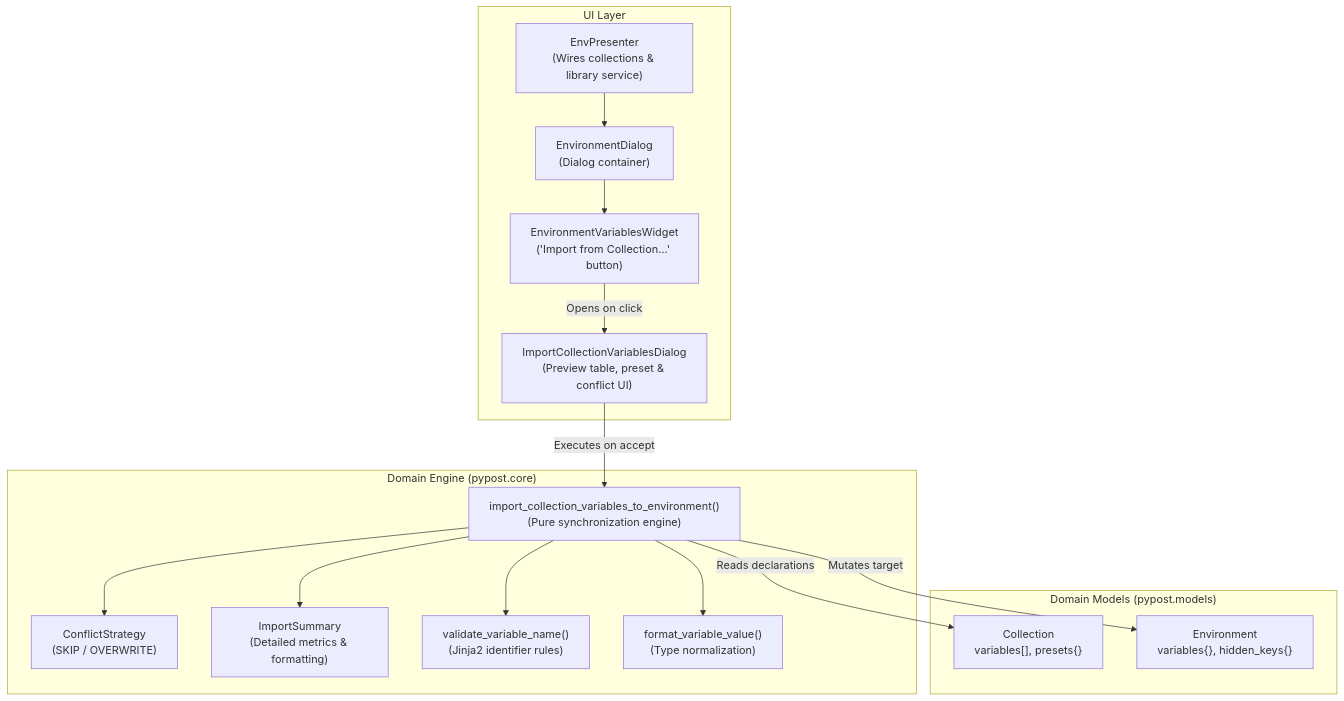
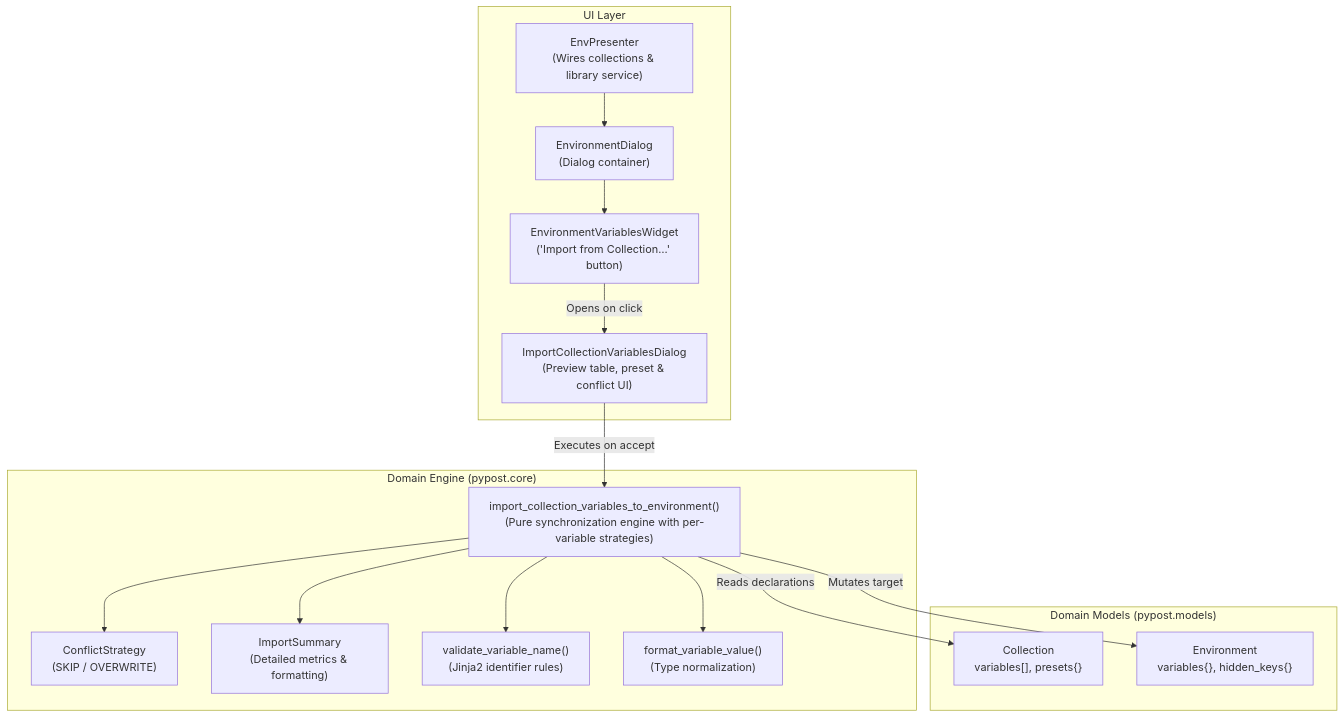
One commit to koctep/pypost changed the diagram in doc/dev/workspace_environment_variable_import.md. Above: the diagram before and after it, drawn with Mermaid. The commit also changed other lines of this file and 13 other files, not shown here.

Commit message:
feat(environments): per-variable conflict strategy and diff inspector in collection import [PYPOST-1414]

````diff
--- a/doc/dev/workspace_environment_variable_import.md
+++ b/doc/dev/workspace_environment_variable_import.md
@@ -40,35 +44,35 @@
 ```mermaid
 flowchart TB
     subgraph UI["UI Layer"]
         EP["EnvPresenter<br/>(Wires collections & library service)"]
         ED["EnvironmentDialog<br/>(Dialog container)"]
         EVW["EnvironmentVariablesWidget<br/>('Import from Collection…' button)"]
         ICD["ImportCollectionVariablesDialog<br/>(Preview table, preset & conflict UI)"]
         
         EP --> ED
         ED --> EVW
         EVW -->|Opens on click| ICD
     end
 
     subgraph Domain["Domain Engine (pypost.core)"]
-        CVI["import_collection_variables_to_environment()<br/>(Pure synchronization engine)"]
+        CVI["import_collection_variables_to_environment()<br/>(Pure synchronization engine with per-variable strategies)"]
         CS["ConflictStrategy<br/>(SKIP / OVERWRITE)"]
         IS["ImportSummary<br/>(Detailed metrics & formatting)"]
         VAL["validate_variable_name()<br/>(Jinja2 identifier rules)"]
         NORM["format_variable_value()<br/>(Type normalization)"]
 
         ICD -->|Executes on accept| CVI
         CVI --> CS
         CVI --> IS
         CVI --> VAL
         CVI --> NORM
     end
 
     subgraph Models["Domain Models (pypost.models)"]
         COL["Collection<br/>variables[], presets{}"]
         ENV["Environment<br/>variables{}, hidden_keys{}"]
 
         CVI -->|Reads declarations| COL
         CVI -->|Mutates target| ENV
     end
 ```
````
